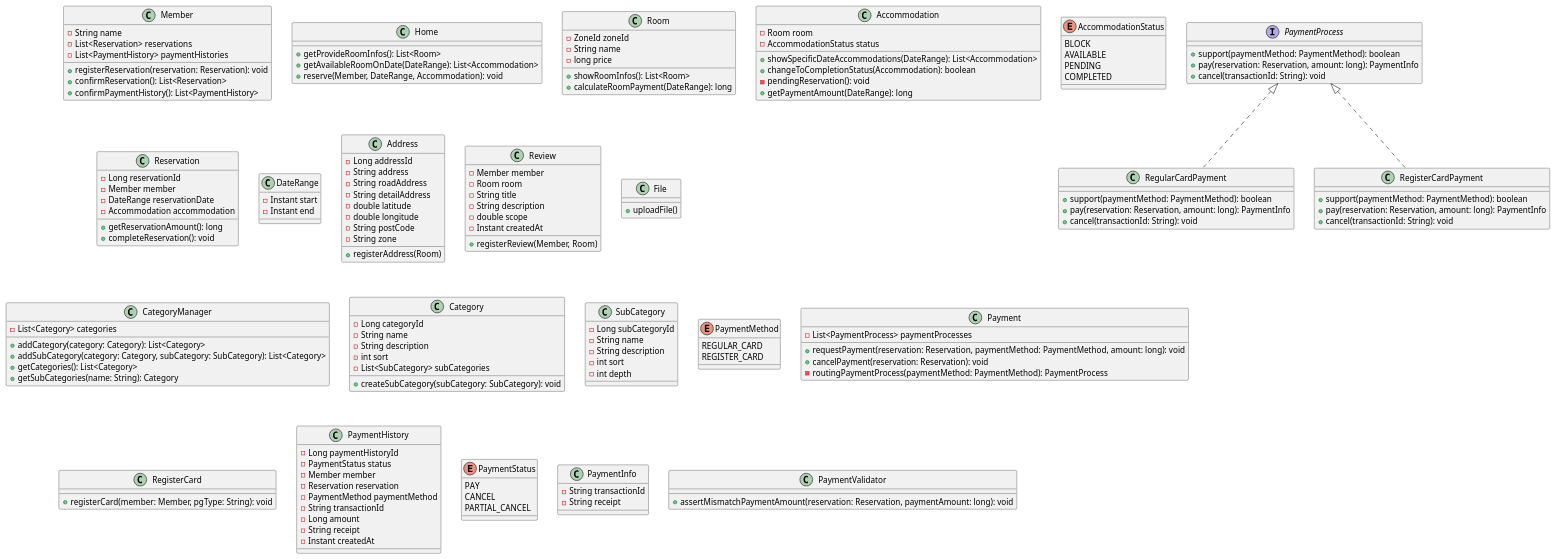
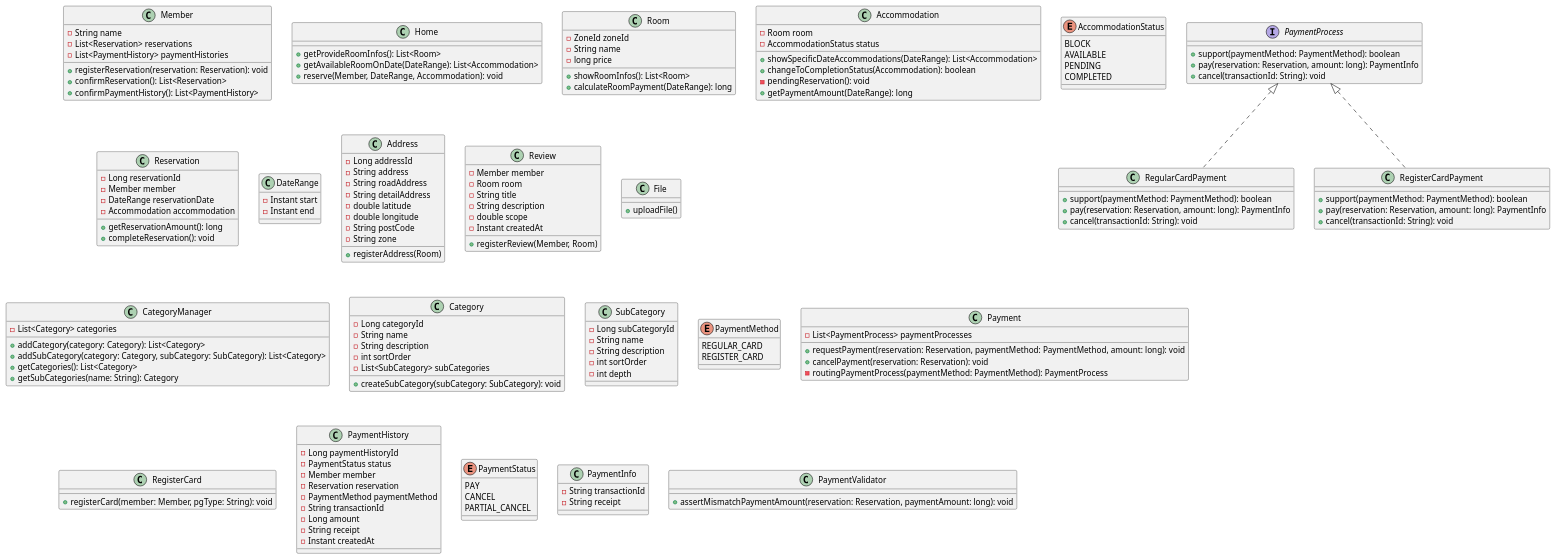
Before and after one commit to f-lab-edu/room-reservation-service: the diagram in class-diagram.puml, drawn with PlantUML. The commit also changed 4 other files, not shown here.

Commit message:
fix: sort -> sortOrder 필드명 변경

```diff
--- a/class-diagram.puml
+++ b/class-diagram.puml
@@ -1,167 +1,167 @@
 @startuml
 class Member {
   -String name
   -List<Reservation> reservations
   -List<PaymentHistory> paymentHistories
   +registerReservation(reservation: Reservation): void
   +confirmReservation(): List<Reservation>
   +confirmPaymentHistory(): List<PaymentHistory>
 }
 
 class Home {
   +getProvideRoomInfos(): List<Room>
   +getAvailableRoomOnDate(DateRange): List<Accommodation>
   +reserve(Member, DateRange, Accommodation): void
 }
 
 class Room {
   -ZoneId zoneId
   -String name
   -long price
   +showRoomInfos(): List<Room>
   +calculateRoomPayment(DateRange): long
 }
 
 class Accommodation {
   -Room room
   -AccommodationStatus status
   +showSpecificDateAccommodations(DateRange): List<Accommodation>
   +changeToCompletionStatus(Accommodation): boolean
   -pendingReservation(): void
   +getPaymentAmount(DateRange): long
 }
 
 enum AccommodationStatus {
   BLOCK
   AVAILABLE
   PENDING
   COMPLETED
 }
 
 class Reservation {
   -Long reservationId
   -Member member
   -DateRange reservationDate
   -Accommodation accommodation
   +getReservationAmount(): long
   +completeReservation(): void
 }
 
 class DateRange {
   -Instant start
   -Instant end
 }
 
 class Address {
   -Long addressId
   -String address
   -String roadAddress
   -String detailAddress
   -double latitude
   -double longitude
   -String postCode
   -String zone
   +registerAddress(Room)
 }
 
 class Review {
   -Member member
   -Room room
   -String title
   -String description
   -double scope
   -Instant createdAt
   +registerReview(Member, Room)
 }
 
 class File {
   +uploadFile()
 }
 
 class CategoryManager {
   -List<Category> categories
   +addCategory(category: Category): List<Category>
   +addSubCategory(category: Category, subCategory: SubCategory): List<Category>
   +getCategories(): List<Category>
   +getSubCategories(name: String): Category
 }
 
 class Category {
   -Long categoryId
   -String name
   -String description
-  -int sort
+  -int sortOrder
   -List<SubCategory> subCategories
   +createSubCategory(subCategory: SubCategory): void
 }
 
 class SubCategory {
   -Long subCategoryId
   -String name
   -String description
-  -int sort
+  -int sortOrder
   -int depth
 }
 
 enum PaymentMethod {
   REGULAR_CARD
   REGISTER_CARD
 }
 
 class Payment {
  -List<PaymentProcess> paymentProcesses
  +requestPayment(reservation: Reservation, paymentMethod: PaymentMethod, amount: long): void
  +cancelPayment(reservation: Reservation): void
  -routingPaymentProcess(paymentMethod: PaymentMethod): PaymentProcess
 }
 
 class RegisterCard {
  +registerCard(member: Member, pgType: String): void
 }
 
 interface PaymentProcess {
  +support(paymentMethod: PaymentMethod): boolean
  +pay(reservation: Reservation, amount: long): PaymentInfo
  +cancel(transactionId: String): void
 }
 
 class RegularCardPayment implements PaymentProcess {
  +support(paymentMethod: PaymentMethod): boolean
  +pay(reservation: Reservation, amount: long): PaymentInfo
  +cancel(transactionId: String): void
 }
 
 class RegisterCardPayment implements PaymentProcess  {
  +support(paymentMethod: PaymentMethod): boolean
  +pay(reservation: Reservation, amount: long): PaymentInfo
  +cancel(transactionId: String): void
 }
 
 class PaymentHistory {
  -Long paymentHistoryId
  -PaymentStatus status
  -Member member
  -Reservation reservation
  -PaymentMethod paymentMethod
  -String transactionId
  -Long amount
  -String receipt
  -Instant createdAt
 }
 
 enum PaymentStatus {
  PAY
  CANCEL
  PARTIAL_CANCEL
 }
 
 class PaymentInfo {
  -String transactionId
  -String receipt
 }
 
 class PaymentValidator {
  +assertMismatchPaymentAmount(reservation: Reservation, paymentAmount: long): void
 }
 
 @enduml
```
